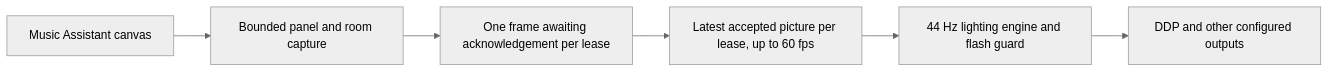
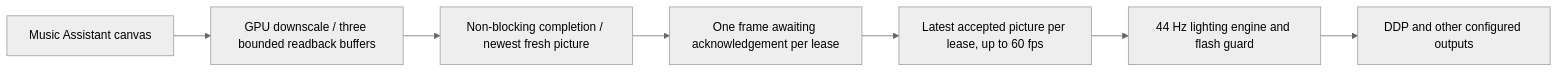
One commit to tyclab/artnet-lightshow changed the third of 4 diagrams in README.md. Above: the diagram before and after it, drawn with Mermaid (neutral theme). The commit also changed other lines of this file and 3 other files, not shown here.

Commit message:
fix(browser): avoid blocking visualizer on GPU readback

````diff
--- a/README.md
+++ b/README.md
@@ -439,8 +445,9 @@
 ```mermaid
 flowchart LR
-    Canvas[Music Assistant canvas] --> Capture[Bounded panel and room capture]
-    Capture --> Ack[One frame awaiting acknowledgement per lease]
+    Canvas[Music Assistant canvas] --> Capture[GPU downscale / three bounded readback buffers]
+    Capture --> Ready[Non-blocking completion / newest fresh picture]
+    Ready --> Ack[One frame awaiting acknowledgement per lease]
     Ack --> Latest[Latest accepted picture per lease, up to 60 fps]
     Latest --> Engine[44 Hz lighting engine and flash guard]
     Engine --> Output[DDP and other configured outputs]
 ```
````
